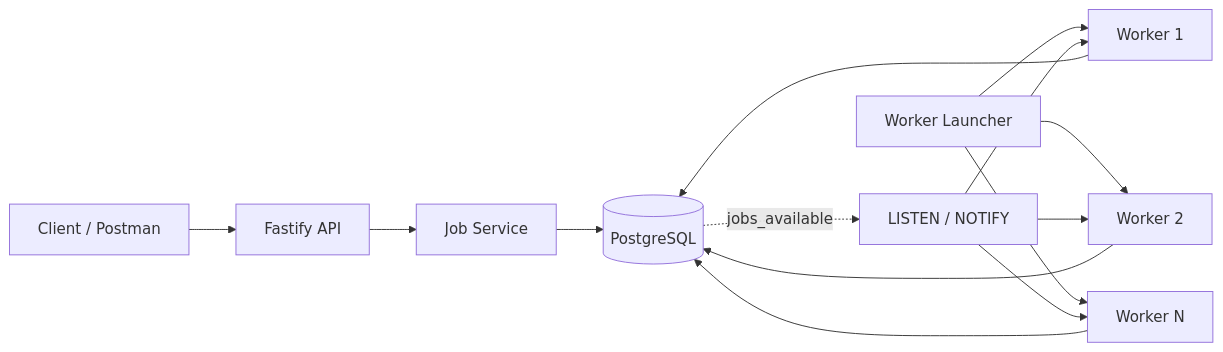
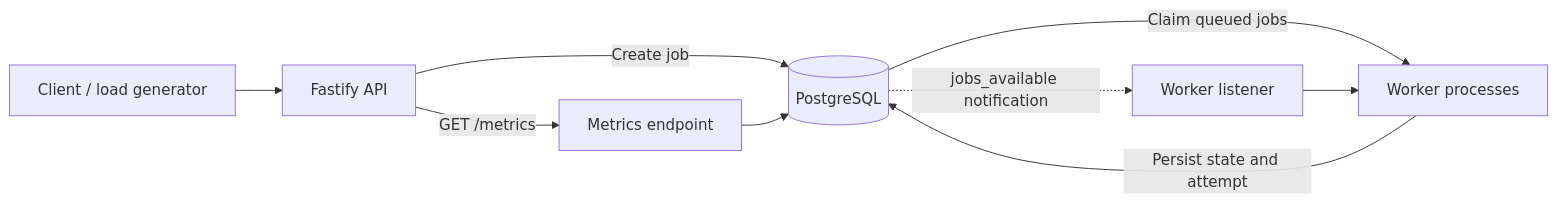
One commit to guptakrish490/FlowForge changed the first of 5 diagrams in README.md. Above: the diagram before and after it, drawn with Mermaid. The commit also changed other lines of this file, not shown here.

````diff
--- a/README.md
+++ b/README.md
@@ -36,29 +52,11 @@
 ```mermaid
 flowchart LR
-    Client["Client / Postman"]
-    API["Fastify API"]
-    Service["Job Service"]
-    DB[("PostgreSQL")]
-    Notify["LISTEN / NOTIFY"]
-    
-    Launcher["Worker Launcher"]
-    W1["Worker 1"]
-    W2["Worker 2"]
-    WN["Worker N"]
-
-    Client --> API
-    API --> Service
-    Service --> DB
-    DB -. "jobs_available" .-> Notify
-
-    Launcher --> W1
-    Launcher --> W2
-    Launcher --> WN
-
-    W1 --> DB
-    W2 --> DB
-    WN --> DB
-    Notify --> W1
-    Notify --> W2
-    Notify --> WN
+    Client["Client / load generator"] --> API["Fastify API"]
+    API -->|Create job| DB[("PostgreSQL")]
+    DB -. "jobs_available notification" .-> Listener["Worker listener"]
+    DB -->|Claim queued jobs| Workers["Worker processes"]
+    Listener --> Workers
+    Workers -->|Persist state and attempt| DB
+    API -->|GET /metrics| Metrics["Metrics endpoint"]
+    Metrics --> DB
 ```
````
